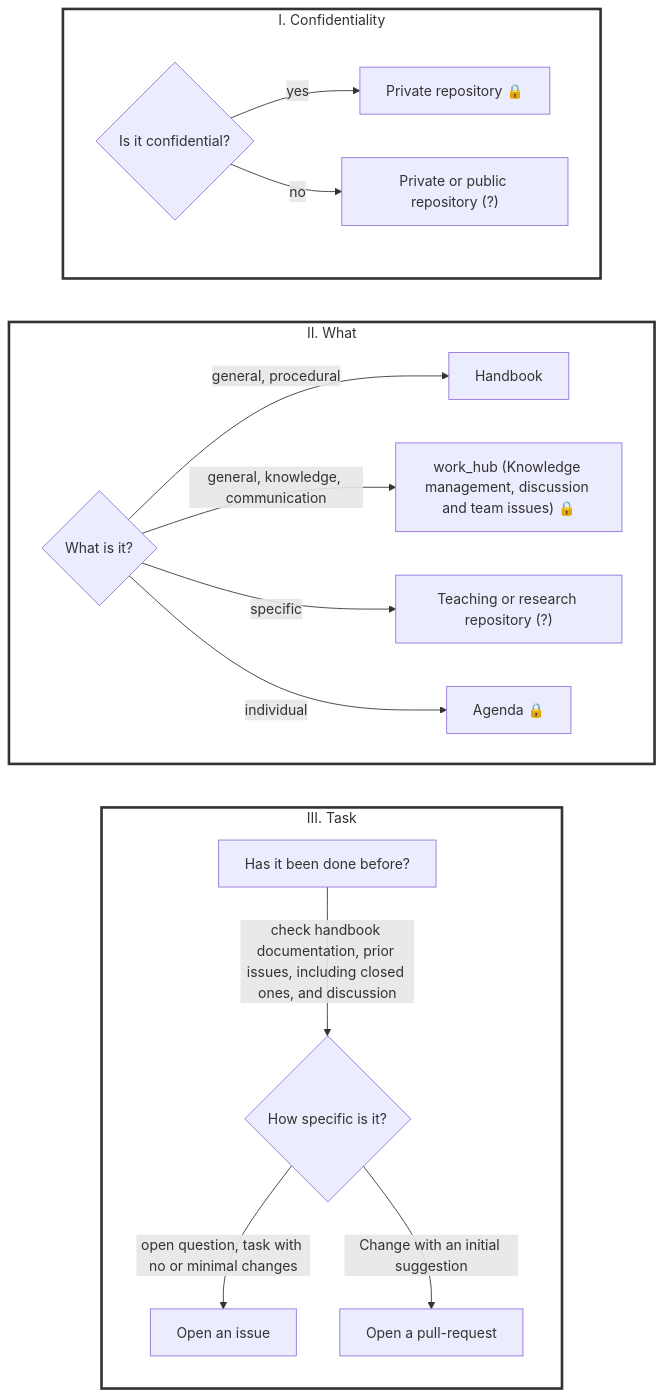
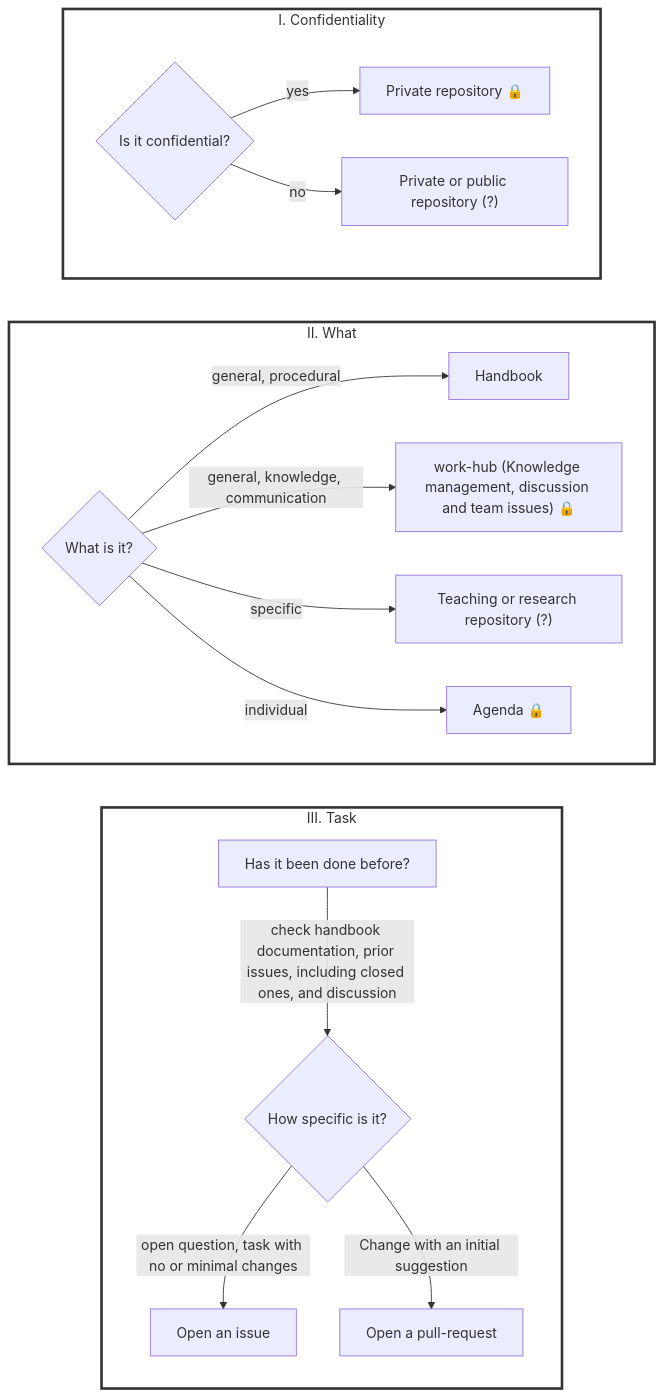
One commit to fs-ise/handbook changed the second of 2 diagrams in management/sop.qmd. Above: the diagram before and after it, drawn with Mermaid. The commit also changed 15 other files, not shown here.

````diff
--- a/management/sop.qmd
+++ b/management/sop.qmd
@@ -94,31 +94,31 @@
 ```{mermaid}
 flowchart LR
 
     subgraph task["III. Task"]
         U["Has it been done before?"] -->|check handbook documentation, prior issues, including closed ones, and discussion| J
         J{How specific is it?}
         J -->|open question, task with no or minimal changes| K["Open an issue"]
         J -->|Change with an initial suggestion| L["Open a pull-request"]
     end
 
     subgraph scope["II. What"]
         direction LR
         E{What is it?}
         E -->|general, procedural| F["Handbook"]
-        E -->|general, knowledge, communication| G["work_hub (Knowledge management, discussion and team issues) 🔒"]
+        E -->|general, knowledge, communication| G["work-hub (Knowledge management, discussion and team issues) 🔒"]
         E -->|specific| H["Teaching or research repository (?)"]
         E -->|individual| P["Agenda 🔒"]
 
     end
 
     subgraph confidentiality["I. Confidentiality"]
         direction LR
         B{Is it confidential?}
         B -->|yes| C["Private repository 🔒"]
         B -->|no| D["Private or public repository (?)"]
     end
 
     style task fill:white,stroke:#333,stroke-width:3px
     style scope fill:white,stroke:#333,stroke-width:3px
     style confidentiality fill:white,stroke:#333,stroke-width:3px
 ```
````
